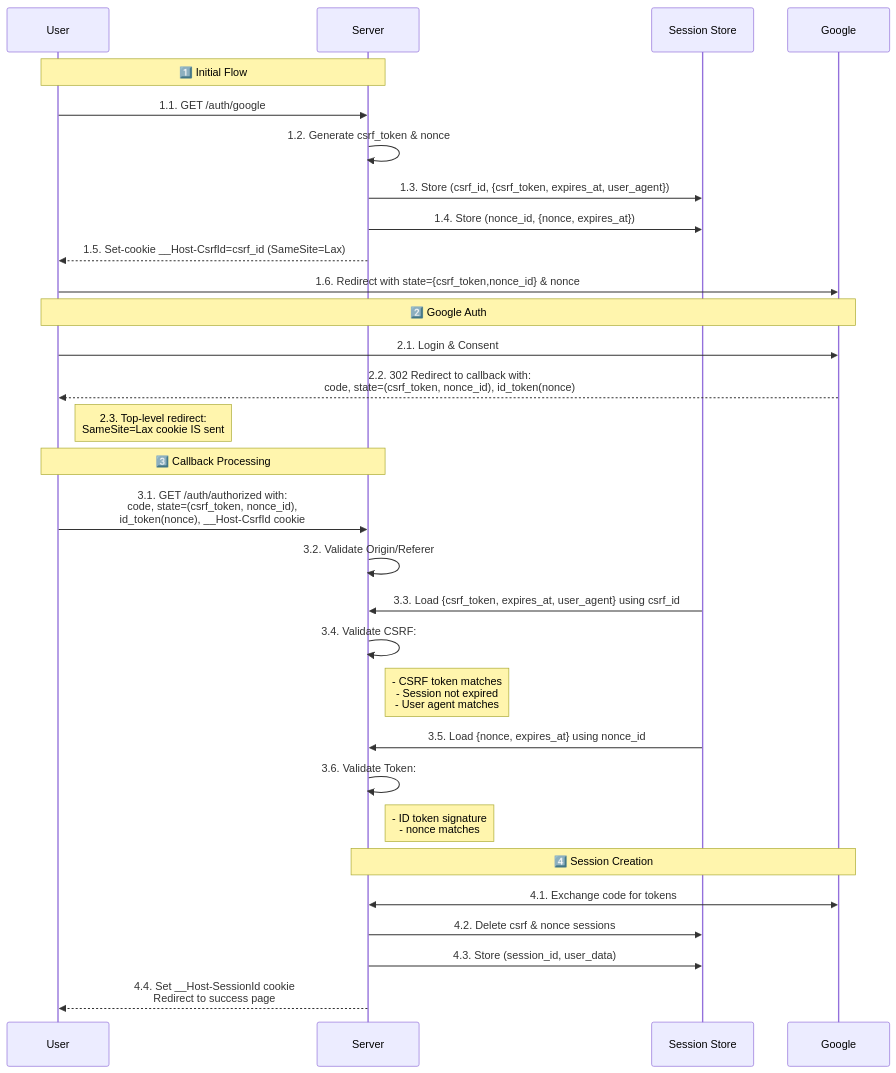
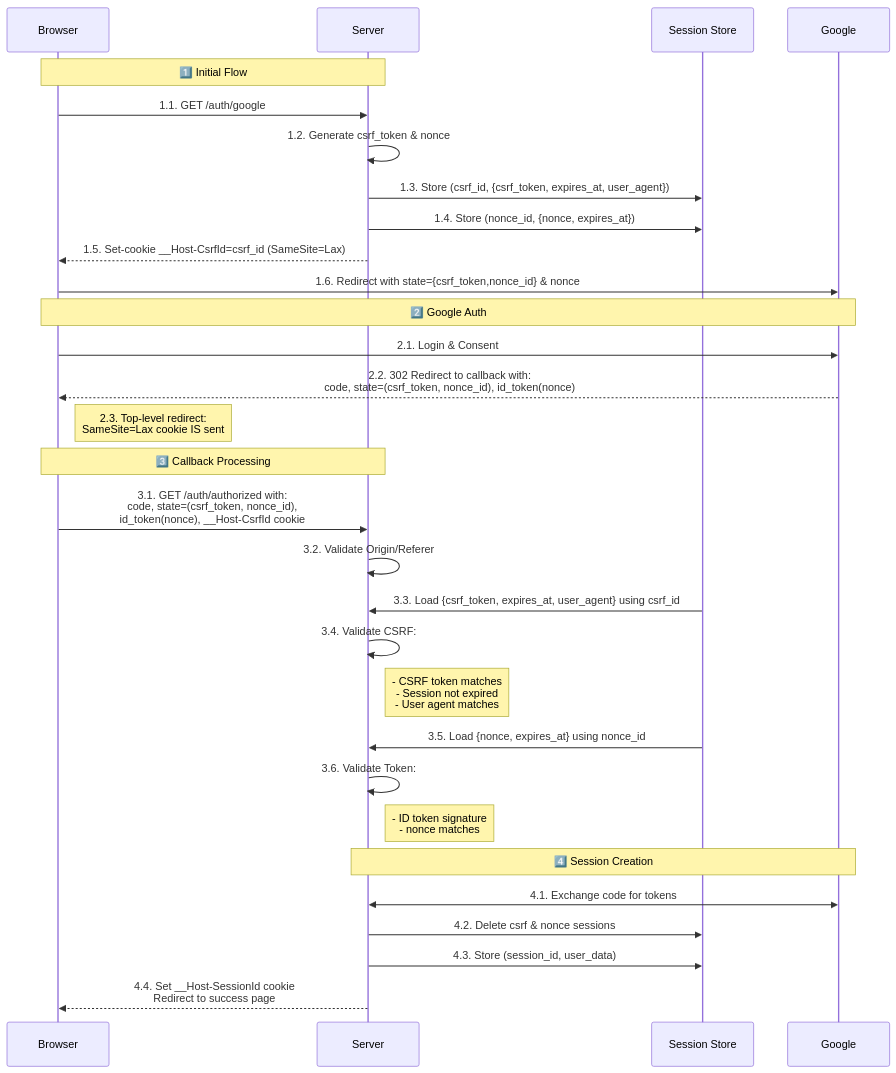
One commit to ktaka-ccmp/axum-google-oauth2 changed the second of 3 diagrams in Readme.md. Above: the diagram before and after it, drawn with Mermaid. The commit also changed other lines of this file, not shown here.

Commit message:
As of 202411271139

````diff
--- a/Readme.md
+++ b/Readme.md
@@ -196,36 +196,36 @@
 ```mermaid
 sequenceDiagram
-    participant User
+    participant Browser
     participant Server
     participant Session Store
     participant Google
 
-    Note over User,Server: 1️⃣ Initial Flow
-    User->>Server: 1.1. GET /auth/google
+    Note over Browser,Server: 1️⃣ Initial Flow
+    Browser->>Server: 1.1. GET /auth/google
     Server->>Server: 1.2. Generate csrf_token & nonce
     Server->>Session Store: 1.3. Store (csrf_id, {csrf_token, expires_at, user_agent})
     Server->>Session Store: 1.4. Store (nonce_id, {nonce, expires_at})
-    Server-->>User: 1.5. Set-cookie __Host-CsrfId=csrf_id (SameSite=Lax)
-    User->>Google: 1.6. Redirect with state={csrf_token,nonce_id} & nonce
+    Server-->>Browser: 1.5. Set-cookie __Host-CsrfId=csrf_id (SameSite=Lax)
+    Browser->>Google: 1.6. Redirect with state={csrf_token,nonce_id} & nonce
     
-    Note over User,Google: 2️⃣ Google Auth
-    User->>Google: 2.1. Login & Consent
-    Google-->>User: 2.2. 302 Redirect to callback with:<br/>code, state=(csrf_token, nonce_id), id_token(nonce)
-    Note right of User: 2.3. Top-level redirect:<br/>SameSite=Lax cookie IS sent
+    Note over Browser,Google: 2️⃣ Google Auth
+    Browser->>Google: 2.1. Login & Consent
+    Google-->>Browser: 2.2. 302 Redirect to callback with:<br/>code, state=(csrf_token, nonce_id), id_token(nonce)
+    Note right of Browser: 2.3. Top-level redirect:<br/>SameSite=Lax cookie IS sent
     
-    Note over User,Server: 3️⃣ Callback Processing
-    User->>Server: 3.1. GET /auth/authorized with:<br/>code, state=(csrf_token, nonce_id),<br/>id_token(nonce), __Host-CsrfId cookie
+    Note over Browser,Server: 3️⃣ Callback Processing
+    Browser->>Server: 3.1. GET /auth/authorized with:<br/>code, state=(csrf_token, nonce_id),<br/>id_token(nonce), __Host-CsrfId cookie
     Server->>Server: 3.2. Validate Origin/Referer
     Session Store->>Server: 3.3. Load {csrf_token, expires_at, user_agent} using csrf_id
     Server->>Server: 3.4. Validate CSRF:
     Note right of Server: - CSRF token matches<br/>- Session not expired<br/>- User agent matches
     Session Store->>Server: 3.5. Load {nonce, expires_at} using nonce_id
     Server->>Server: 3.6. Validate Token:
     Note right of Server: - ID token signature<br/>- nonce matches
 
     Note over Server,Google: 4️⃣ Session Creation    
     Server<<->>Google: 4.1. Exchange code for tokens
     Server->>Session Store: 4.2. Delete csrf & nonce sessions
     Server->>Session Store: 4.3. Store (session_id, user_data)
-    Server-->>User: 4.4. Set __Host-SessionId cookie<br/>Redirect to success page
+    Server-->>Browser: 4.4. Set __Host-SessionId cookie<br/>Redirect to success page
 ```
````
